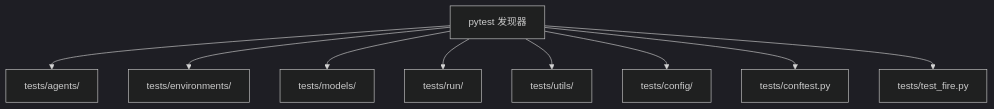
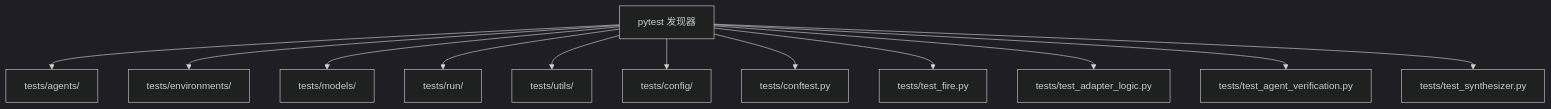
The first of 5 diagrams in .qoder/repowiki/zh/content/开发指南/测试策略.md (Jayint/Jayint-repo), drawn with Mermaid (dark theme) before and after one commit. The commit also changed other lines of this file and 497 other files, not shown here.

````diff
--- a/.qoder/repowiki/zh/content/开发指南/测试策略.md
+++ b/.qoder/repowiki/zh/content/开发指南/测试策略.md
@@ -39,11 +58,14 @@
 ```mermaid
 graph TB
 A["pytest 发现器"] --> B["tests/agents/"]
 A --> C["tests/environments/"]
 A --> D["tests/models/"]
 A --> E["tests/run/"]
 A --> F["tests/utils/"]
 A --> G["tests/config/"]
 A --> H["tests/conftest.py"]
 A --> I["tests/test_fire.py"]
+A --> J["tests/test_adapter_logic.py"]
+A --> K["tests/test_agent_verification.py"]
+A --> L["tests/test_synthesizer.py"]
 ```
````
